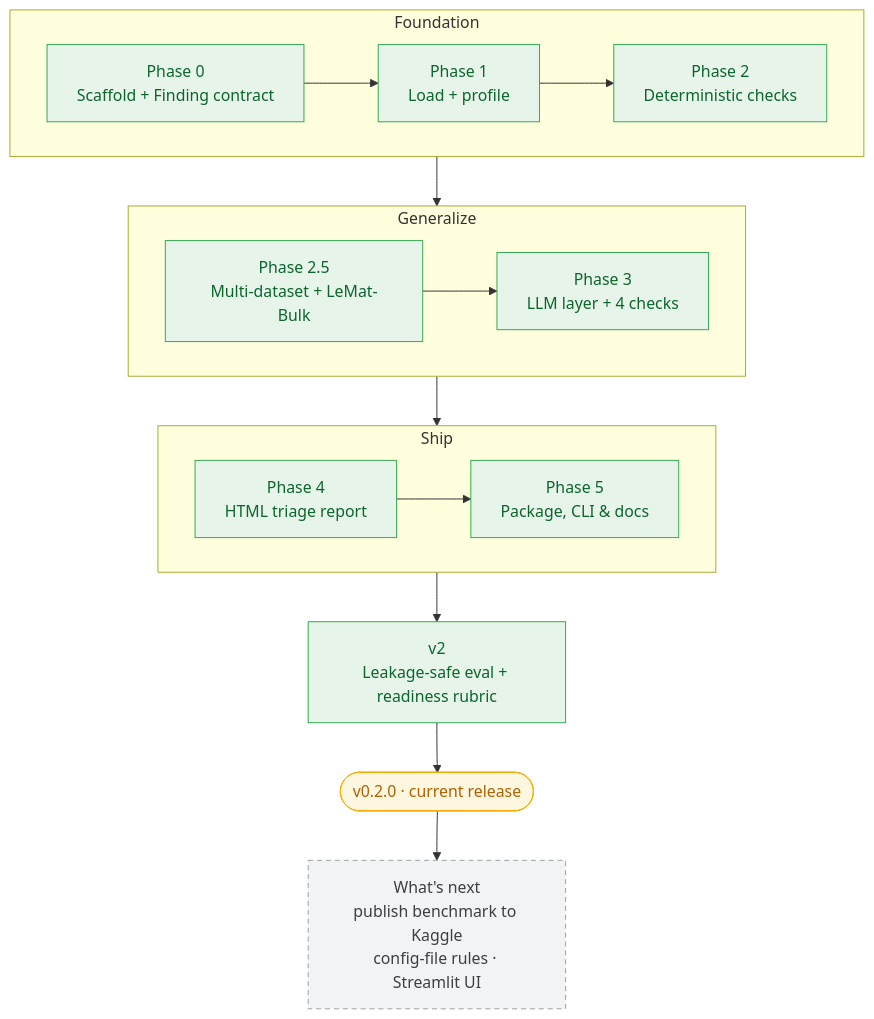
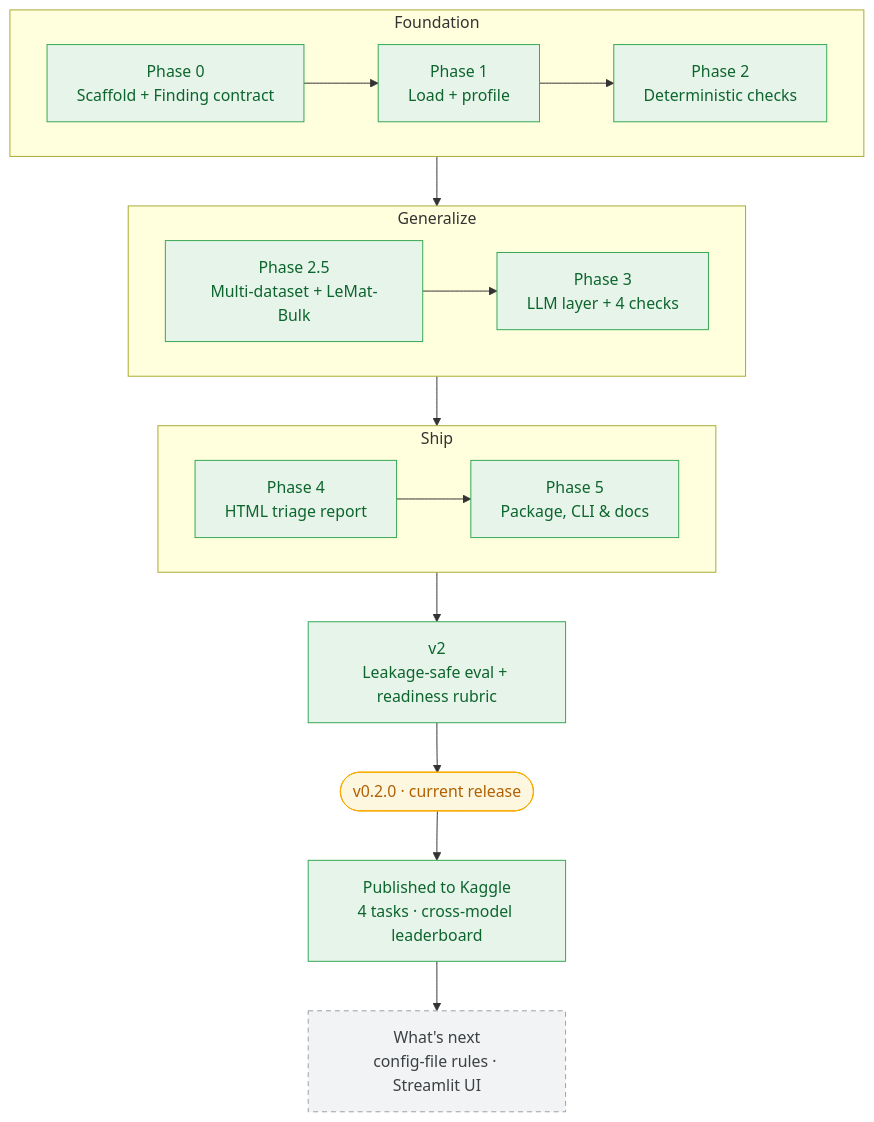
One commit to AmandineFlachs/dataset-auditor changed the diagram in README.md. Above: the diagram before and after it, drawn with Mermaid. The commit also changed other lines of this file and 11 other files, not shown here.

First line of the commit message:
feat(kaggle): publish leakage-safe benchmark to Kaggle (4 tasks, open + fresh-private)

````diff
--- a/README.md
+++ b/README.md
@@ -179,23 +180,23 @@
 ```mermaid
 flowchart TB
     subgraph F ["Foundation"]
         direction LR
         P0["Phase 0<br/>Scaffold + Finding contract"] --> P1["Phase 1<br/>Load + profile"] --> P2["Phase 2<br/>Deterministic checks"]
     end
     subgraph G ["Generalize"]
         direction LR
         P25["Phase 2.5<br/>Multi-dataset + LeMat-Bulk"] --> P3["Phase 3<br/>LLM layer + 4 checks"]
     end
     subgraph S ["Ship"]
         direction LR
         P4["Phase 4<br/>HTML triage report"] --> P5["Phase 5<br/>Package, CLI &amp; docs"]
     end
-    F --> G --> S --> EV["v2<br/>Leakage-safe eval + readiness rubric"] --> REL(["v0.2.0 · current release"]) --> N["What's next<br/>publish benchmark to Kaggle<br/>config-file rules · Streamlit UI"]
+    F --> G --> S --> EV["v2<br/>Leakage-safe eval + readiness rubric"] --> REL(["v0.2.0 · current release"]) --> KAG["Published to Kaggle<br/>4 tasks · cross-model leaderboard"] --> N["What's next<br/>config-file rules · Streamlit UI"]
 
     classDef done fill:#e6f4ea,stroke:#34a853,color:#0d652d;
     classDef rel fill:#fef7e0,stroke:#f9ab00,color:#b06000;
     classDef next fill:#f1f3f4,stroke:#9aa0a6,color:#3c4043,stroke-dasharray:5 4;
-    class P0,P1,P2,P25,P3,P4,P5,EV done
+    class P0,P1,P2,P25,P3,P4,P5,EV,KAG done
     class REL rel
     class N next
 ```
````
